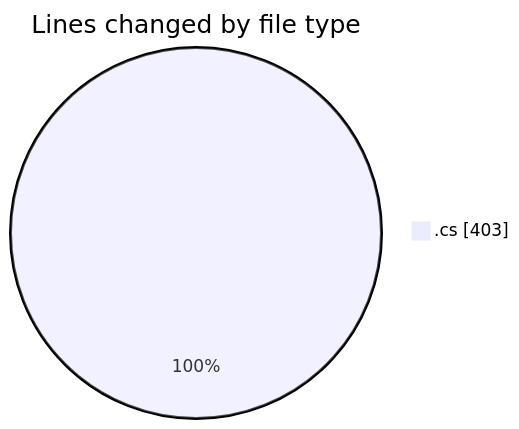
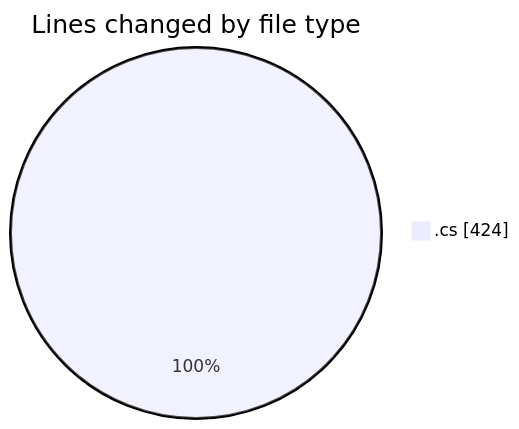
Before and after one commit to Netris89/code-tracking: the first of 2 diagrams in 2025-04-04/back-end/README.md, drawn with Mermaid. The commit also changed other lines of this file and 1 other file, not shown here.

````diff
--- a/2025-04-04/back-end/README.md
+++ b/2025-04-04/back-end/README.md
@@ -20,5 +20,5 @@
 ```mermaid
 pie showData
 title Lines changed by file type
-".cs" : 403
+".cs" : 424
 ```
````
